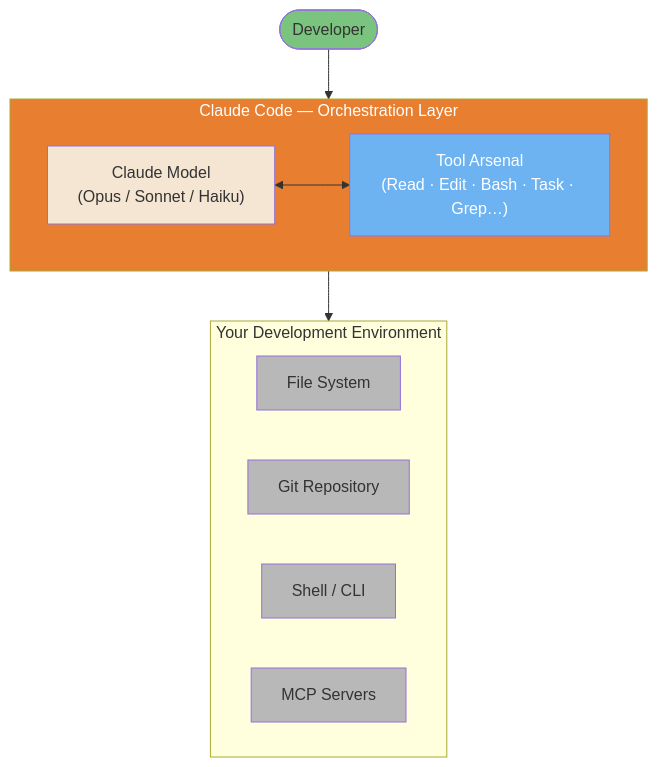
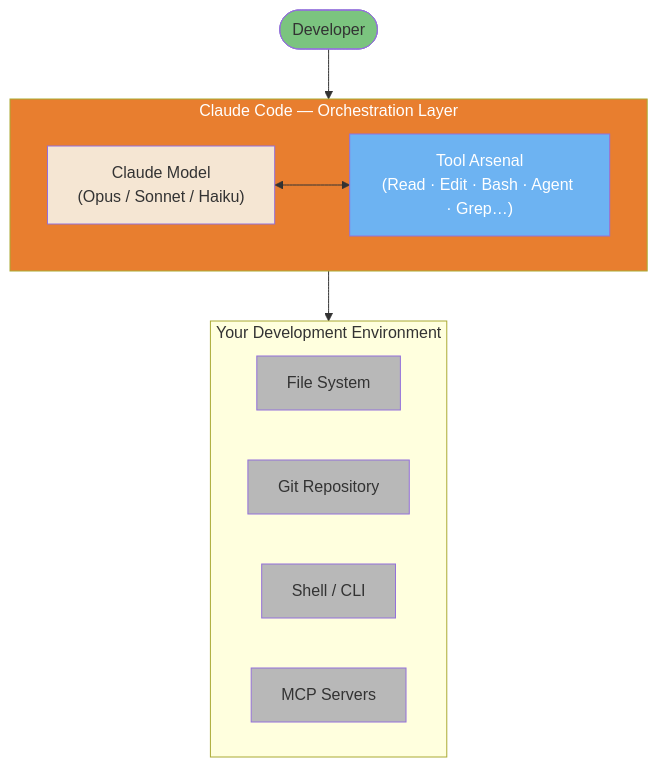
One commit to FlorianBruniaux/claude-code-ultimate-guide changed the diagram in guide/core/architecture.md. Above: the diagram before and after it, drawn with Mermaid. The commit also changed other lines of this file and 17 other files, not shown here.

Commit message:
docs: refresh all diagrams and correct their source guidance

````diff
--- a/guide/core/architecture.md
+++ b/guide/core/architecture.md
@@ -63,28 +63,28 @@
 ```mermaid
 flowchart TB
     DEV([Developer]) --> CC
 
     subgraph CC["Claude Code — Orchestration Layer"]
         CLAUDE["Claude Model\n(Opus / Sonnet / Haiku)"]
-        TOOLS["Tool Arsenal\n(Read · Edit · Bash · Task · Grep…)"]
+        TOOLS["Tool Arsenal\n(Read · Edit · Bash · Agent · Grep…)"]
         CLAUDE <--> TOOLS
     end
 
     CC --> ENV
 
     subgraph ENV["Your Development Environment"]
         FS[File System]
         GIT[Git Repository]
         SHELL[Shell / CLI]
         MCP[MCP Servers]
     end
 
     style CC fill:#E87E2F,color:#fff
     style CLAUDE fill:#F5E6D3,color:#333
     style TOOLS fill:#6DB3F2,color:#fff
     style DEV fill:#7BC47F,color:#333
     style FS fill:#B8B8B8,color:#333
     style GIT fill:#B8B8B8,color:#333
     style SHELL fill:#B8B8B8,color:#333
     style MCP fill:#B8B8B8,color:#333
 ```
````
